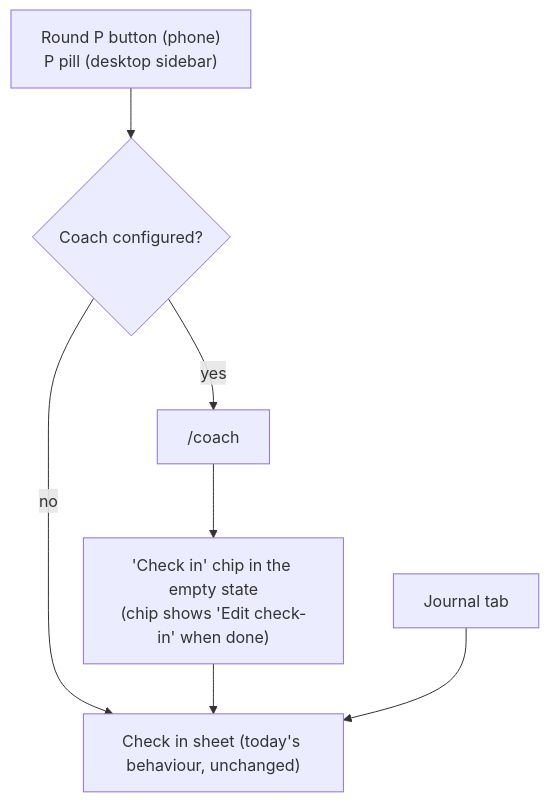
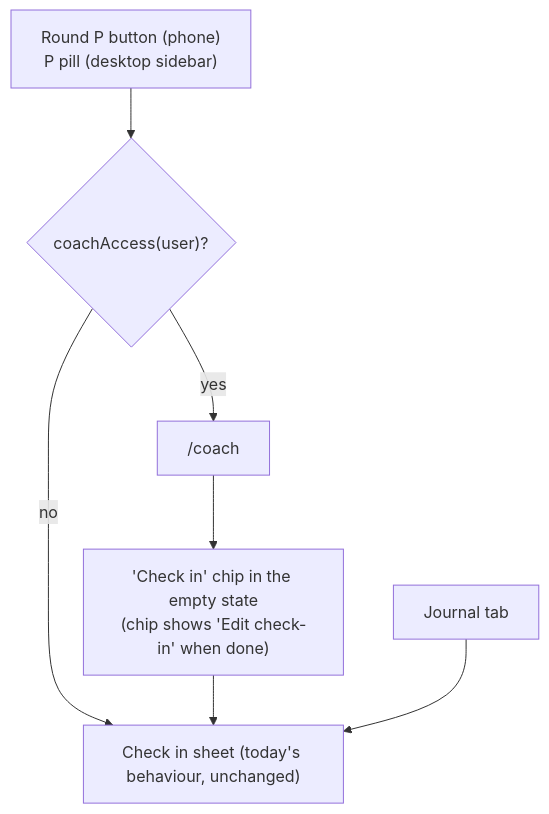
One commit to Ajamuar/pulse changed the fifth of 5 diagrams in docs/plans/2026-10-04-005-feat-ai-coach.md. Above: the diagram before and after it, drawn with Mermaid. The commit also changed other lines of this file and 54 other files, not shown here.

````diff
--- a/docs/plans/2026-10-04-005-feat-ai-coach.md
+++ b/docs/plans/2026-10-04-005-feat-ai-coach.md
@@ -254,9 +274,9 @@
 ```mermaid
 flowchart TD
-  B["Round P button (phone)<br/>P pill (desktop sidebar)"] --> Q{"Coach configured?"}
+  B["Round P button (phone)<br/>P pill (desktop sidebar)"] --> Q{"coachAccess(user)?"}
   Q -- no --> CI["Check in sheet (today's behaviour, unchanged)"]
   Q -- yes --> CO["/coach"]
   CO --> CH["'Check in' chip in the empty state<br/>(chip shows 'Edit check-in' when done)"]
   CH --> CI
   J["Journal tab"] --> CI
 ```
````
